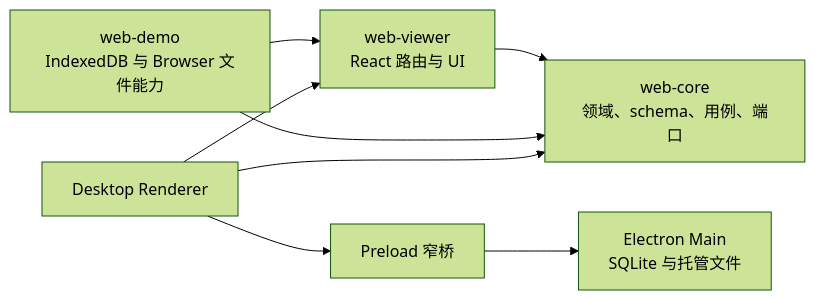
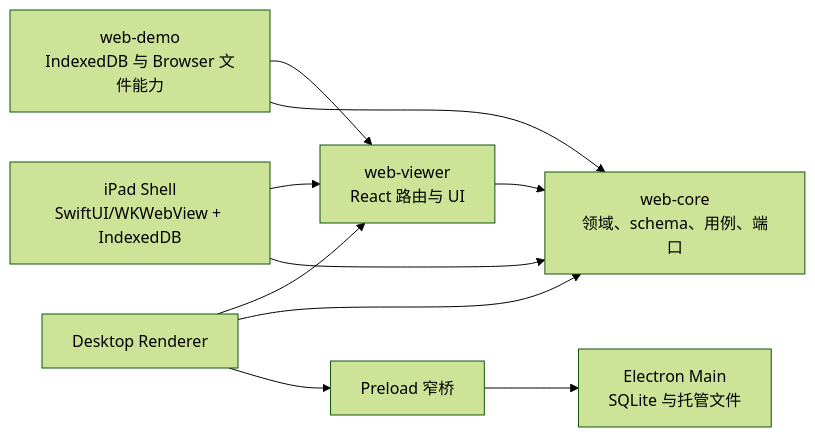
One commit to hikerpig/zupulse changed the diagram in docs/architecture/README.md. Above: the diagram before and after it, drawn with Mermaid (forest theme). The commit also changed other lines of this file and 13 other files, not shown here.

Commit message:
docs(ipad): accept prototype architecture decisions

````diff
--- a/docs/architecture/README.md
+++ b/docs/architecture/README.md
@@ -8,16 +8,19 @@
 ```mermaid
 flowchart LR
   Core["web-core<br/>领域、schema、用例、端口"]
   Viewer["web-viewer<br/>React 路由与 UI"]
   Browser["web-demo<br/>IndexedDB 与 Browser 文件能力"]
+  iPad["iPad Shell<br/>SwiftUI/WKWebView + IndexedDB"]
   Renderer["Desktop Renderer"]
   Preload["Preload 窄桥"]
   Main["Electron Main<br/>SQLite 与托管文件"]
 
   Viewer --> Core
   Browser --> Viewer
   Browser --> Core
+  iPad --> Viewer
+  iPad --> Core
   Renderer --> Viewer
   Renderer --> Core
   Renderer --> Preload --> Main
 ```
````
